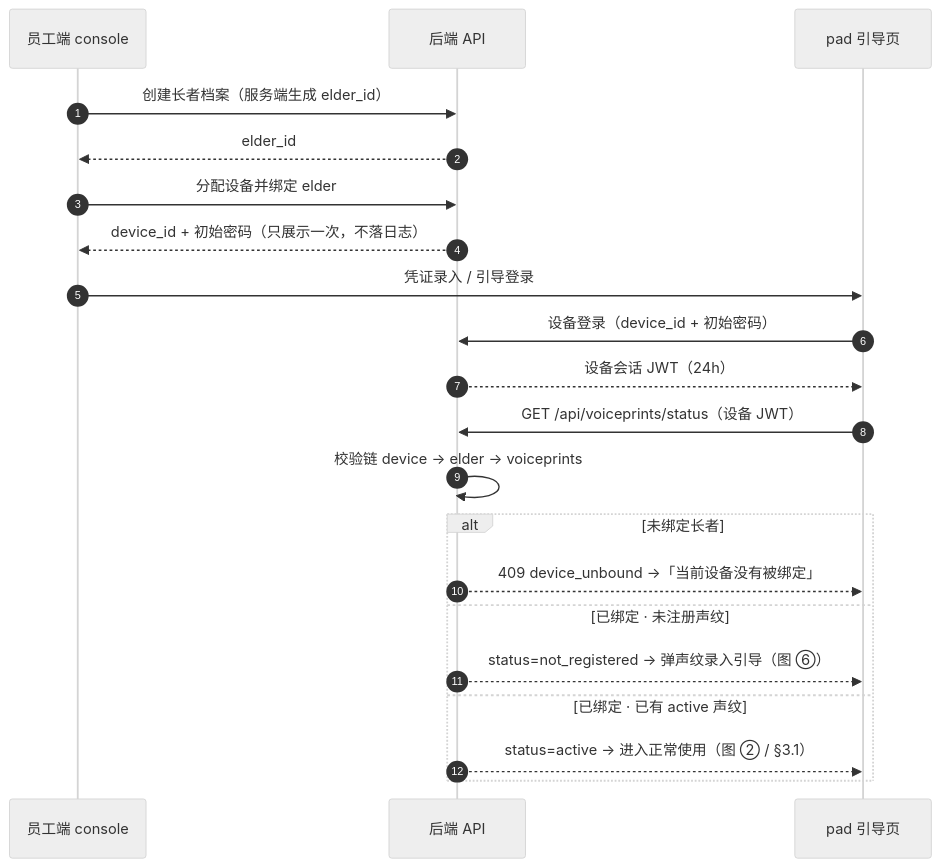
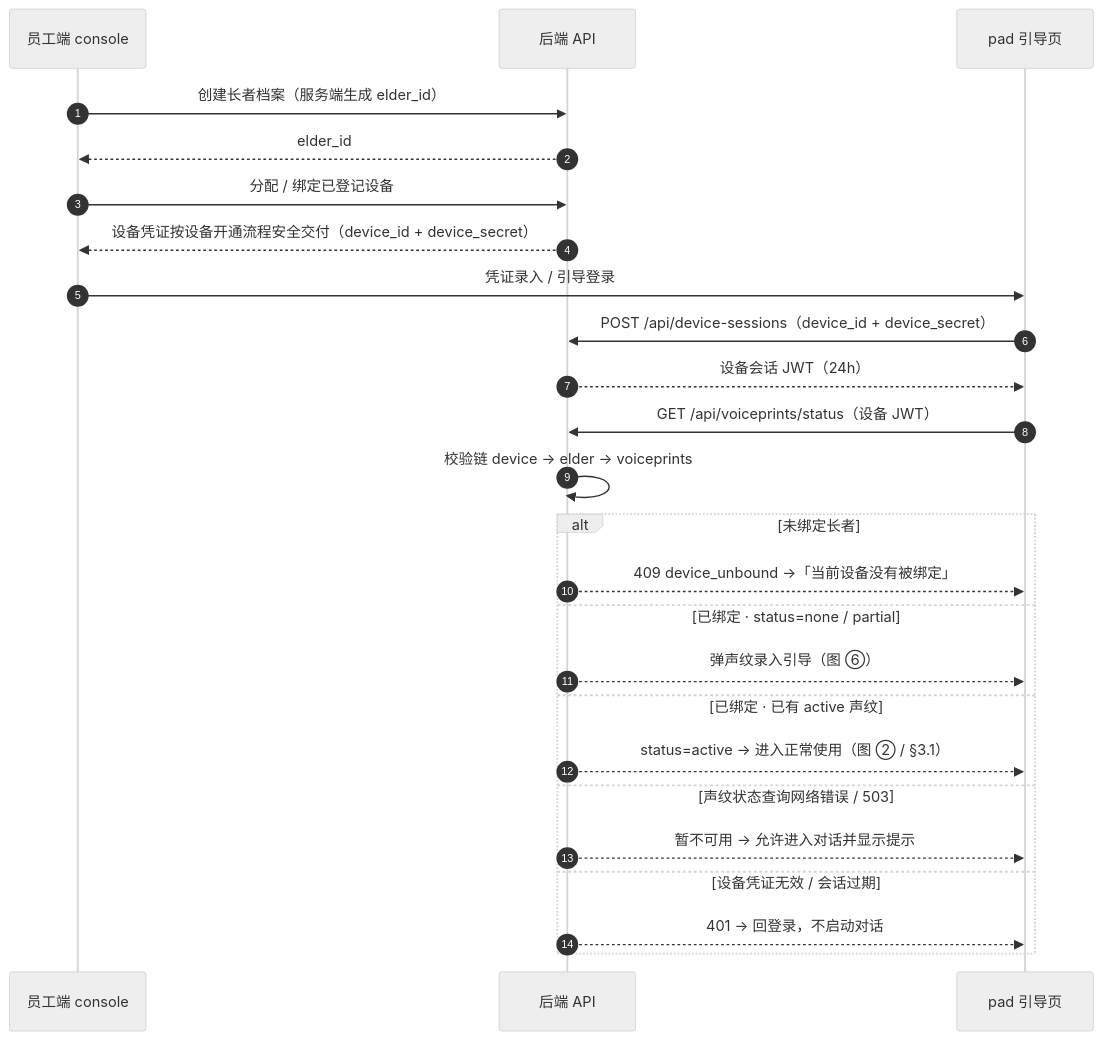
Before and after one commit to zha-yu/kangban: the eighth of 10 diagrams in docs/plans/day04/day-04-3D与身份闭环.md, drawn with Mermaid (neutral theme). The commit also changed other lines of this file and 10 other files, not shown here.

````diff
--- a/docs/plans/day04/day-04-3D与身份闭环.md
+++ b/docs/plans/day04/day-04-3D与身份闭环.md
@@ -322,23 +357,27 @@
 ```mermaid
 sequenceDiagram
     autonumber
     participant ST as 员工端 console
     participant API as 后端 API
     participant P as pad 引导页
     ST->>API: 创建长者档案（服务端生成 elder_id）
     API-->>ST: elder_id
-    ST->>API: 分配设备并绑定 elder
-    API-->>ST: device_id + 初始密码（只展示一次，不落日志）
+    ST->>API: 分配 / 绑定已登记设备
+    API-->>ST: 设备凭证按设备开通流程安全交付（device_id + device_secret）
     ST->>P: 凭证录入 / 引导登录
-    P->>API: 设备登录（device_id + 初始密码）
+    P->>API: POST /api/device-sessions（device_id + device_secret）
     API-->>P: 设备会话 JWT（24h）
     P->>API: GET /api/voiceprints/status（设备 JWT）
     API->>API: 校验链 device → elder → voiceprints
     alt 未绑定长者
         API-->>P: 409 device_unbound →「当前设备没有被绑定」
-    else 已绑定 · 未注册声纹
-        API-->>P: status=not_registered → 弹声纹录入引导（图 ⑥）
+    else 已绑定 · status=none / partial
+        API-->>P: 弹声纹录入引导（图 ⑥）
     else 已绑定 · 已有 active 声纹
         API-->>P: status=active → 进入正常使用（图 ② / §3.1）
+    else 声纹状态查询网络错误 / 503
+        API-->>P: 暂不可用 → 允许进入对话并显示提示
+    else 设备凭证无效 / 会话过期
+        API-->>P: 401 → 回登录，不启动对话
     end
 ```
````
